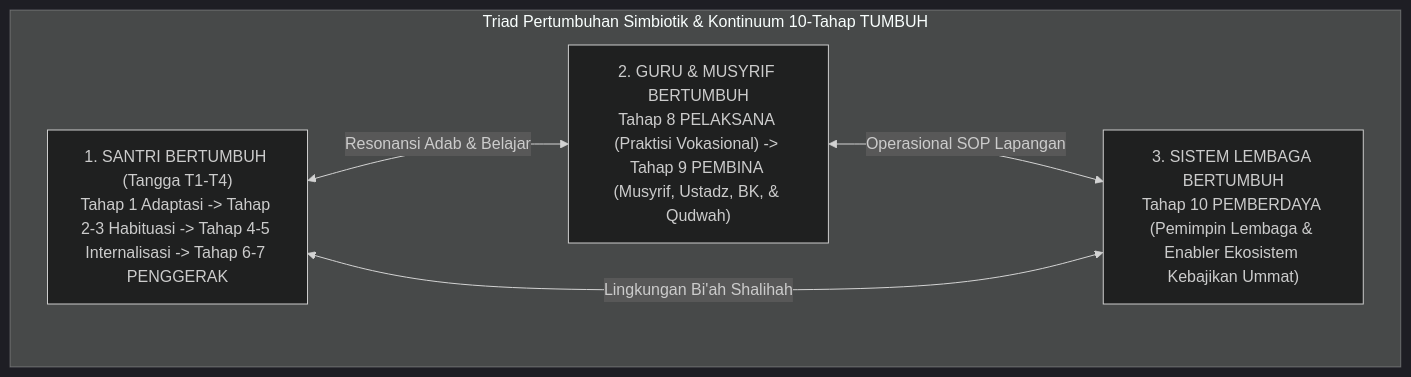
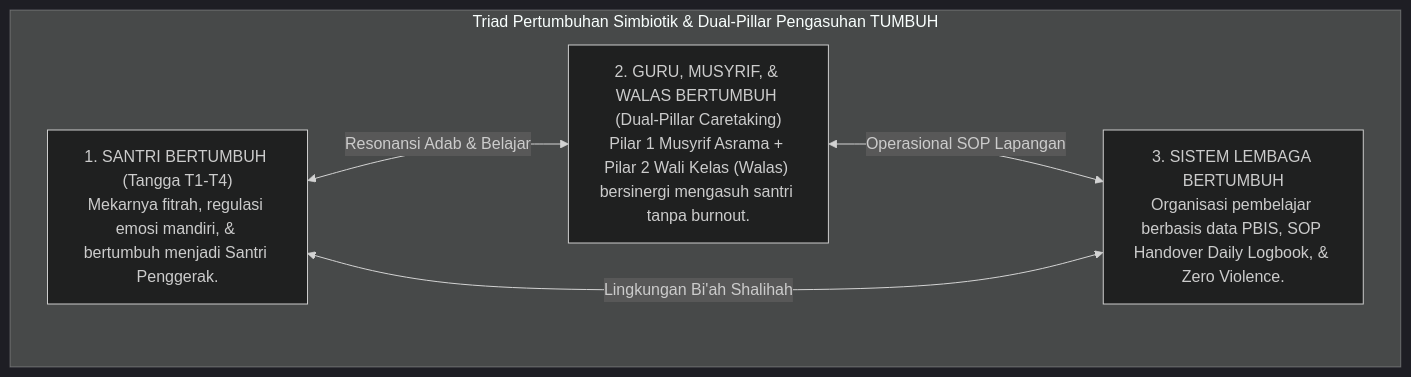
Before and after one commit to wandiapriliyandi/tumbuh: the third of 3 diagrams in 01 Philosophy/Jurnal-Monograf-Riset-Filosofi-TUMBUH.md, drawn with Mermaid (dark theme). The commit also changed other lines of this file and 3 other files, not shown here.

Commit message:
feat: affirm Dual-Pillar Caretaking Concept (Musyrif Asrama + Wali Kelas Walas) in In Loco Parentis framework

````diff
--- a/01 Philosophy/Jurnal-Monograf-Riset-Filosofi-TUMBUH.md
+++ b/01 Philosophy/Jurnal-Monograf-Riset-Filosofi-TUMBUH.md
@@ -79,12 +77,12 @@
 ```mermaid
 graph TD
-    subgraph Model_Triad_Simbiotik["Triad Pertumbuhan Simbiotik & Kontinuum 10-Tahap TUMBUH"]
-        Santri["1. SANTRI BERTUMBUH (Tangga T1-T4)<br/>Tahap 1 Adaptasi -> Tahap 2-3 Habituasi -> Tahap 4-5 Internalisasi -> Tahap 6-7 PENGGERAK"]
-        Guru["2. GURU & MUSYRIF BERTUMBUH<br/>Tahap 8 PELAKSANA (Praktisi Vokasional) -> Tahap 9 PEMBINA (Musyrif, Ustadz, BK, & Qudwah)"]
-        Sistem["3. SISTEM LEMBAGA BERTUMBUH<br/>Tahap 10 PEMBERDAYA (Pemimpin Lembaga & Enabler Ekosistem Kebajikan Ummat)"]
+    subgraph Model_Triad_Simbiotik["Triad Pertumbuhan Simbiotik & Dual-Pillar Pengasuhan TUMBUH"]
+        Santri["1. SANTRI BERTUMBUH (Tangga T1-T4)<br/>Mekarnya fitrah, regulasi emosi mandiri, & bertumbuh menjadi Santri Penggerak."]
+        Guru["2. GURU, MUSYRIF, & WALAS BERTUMBUH (Dual-Pillar Caretaking)<br/>Pilar 1 Musyrif Asrama + Pilar 2 Wali Kelas (Walas) bersinergi mengasuh santri tanpa burnout."]
+        Sistem["3. SISTEM LEMBAGA BERTUMBUH<br/>Organisasi pembelajar berbasis data PBIS, SOP Handover Daily Logbook, & Zero Violence."]
     end
 
     Santri <--> |Resonansi Adab & Belajar| Guru
     Guru <--> |Operasional SOP Lapangan| Sistem
     Sistem <--> |Lingkungan Bi'ah Shalihah| Santri
 ```
````
